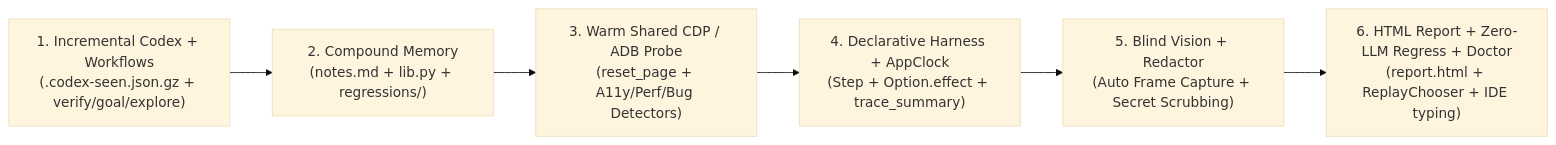
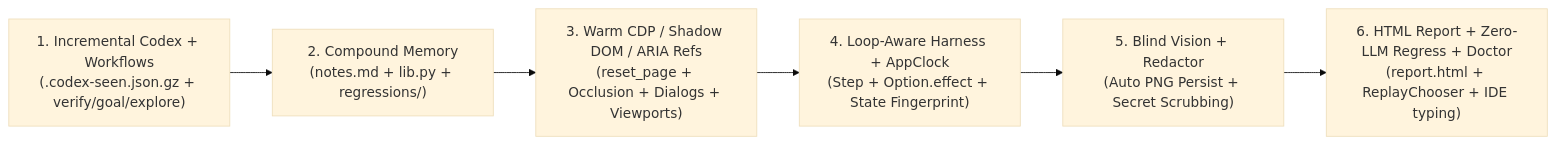
Before and after one commit to baehaqi-rf/brain-autopilot: the diagram in README.md, drawn with Mermaid (base theme). The commit also changed other lines of this file and 22 other files, not shown here.

Commit message:
feat: release v3.1.0 with Shadow DOM/iframe ARIA refs, actionability & dialog guards, responsive viewports, and loop-aware policy

````diff
--- a/README.md
+++ b/README.md
@@ -16,8 +16,8 @@
 ```mermaid
 flowchart LR
     codex["1. Incremental Codex + Workflows<br/>(.codex-seen.json.gz + verify/goal/explore)"] --> mem["2. Compound Memory<br/>(notes.md + lib.py + regressions/)"]
-    mem --> probe["3. Warm Shared CDP / ADB Probe<br/>(reset_page + A11y/Perf/Bug Detectors)"]
-    probe --> harness["4. Declarative Harness + AppClock<br/>(Step + Option.effect + trace_summary)"]
-    harness --> vision["5. Blind Vision + Redactor<br/>(Auto Frame Capture + Secret Scrubbing)"]
+    mem --> probe["3. Warm CDP / Shadow DOM / ARIA Refs<br/>(reset_page + Occlusion + Dialogs + Viewports)"]
+    probe --> harness["4. Loop-Aware Harness + AppClock<br/>(Step + Option.effect + State Fingerprint)"]
+    harness --> vision["5. Blind Vision + Redactor<br/>(Auto PNG Persist + Secret Scrubbing)"]
     vision --> report["6. HTML Report + Zero-LLM Regress + Doctor<br/>(report.html + ReplayChooser + IDE typing)"]
 ```
````
